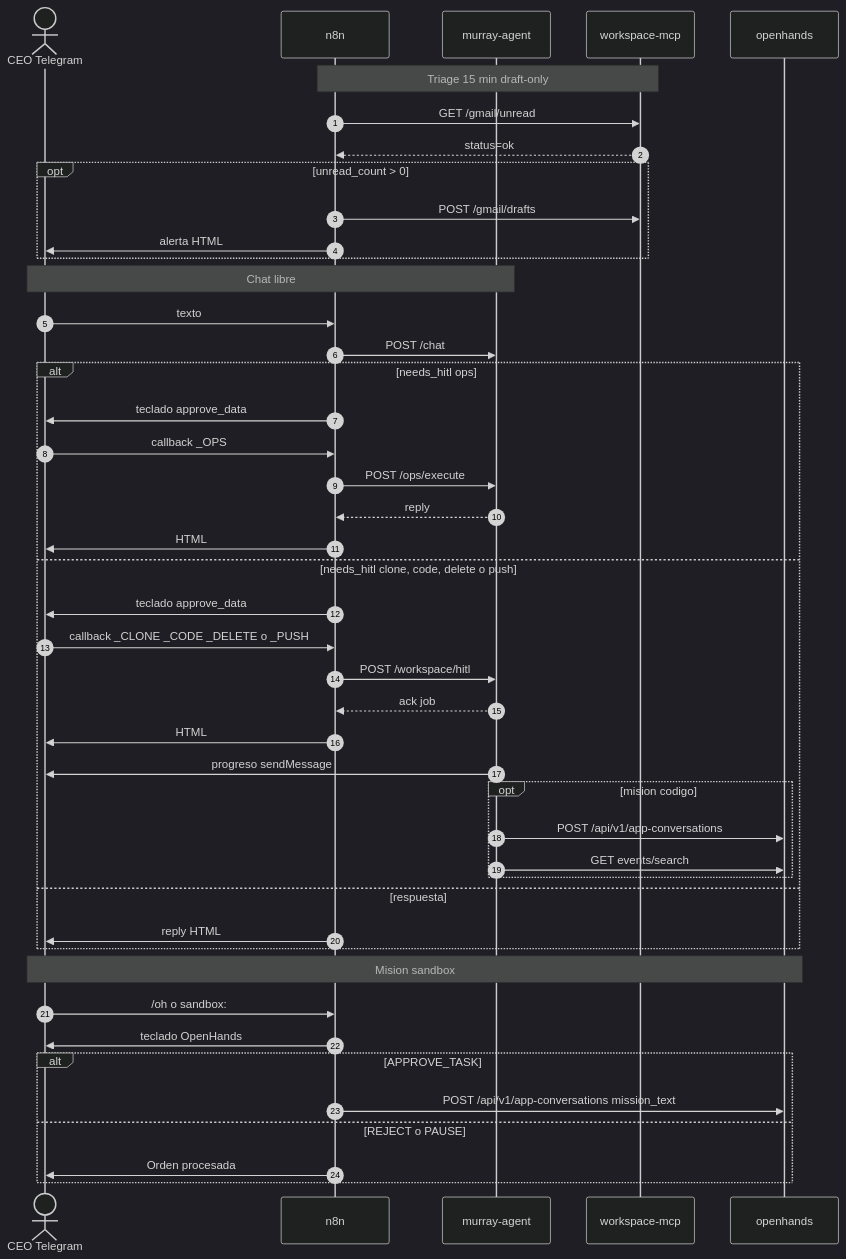
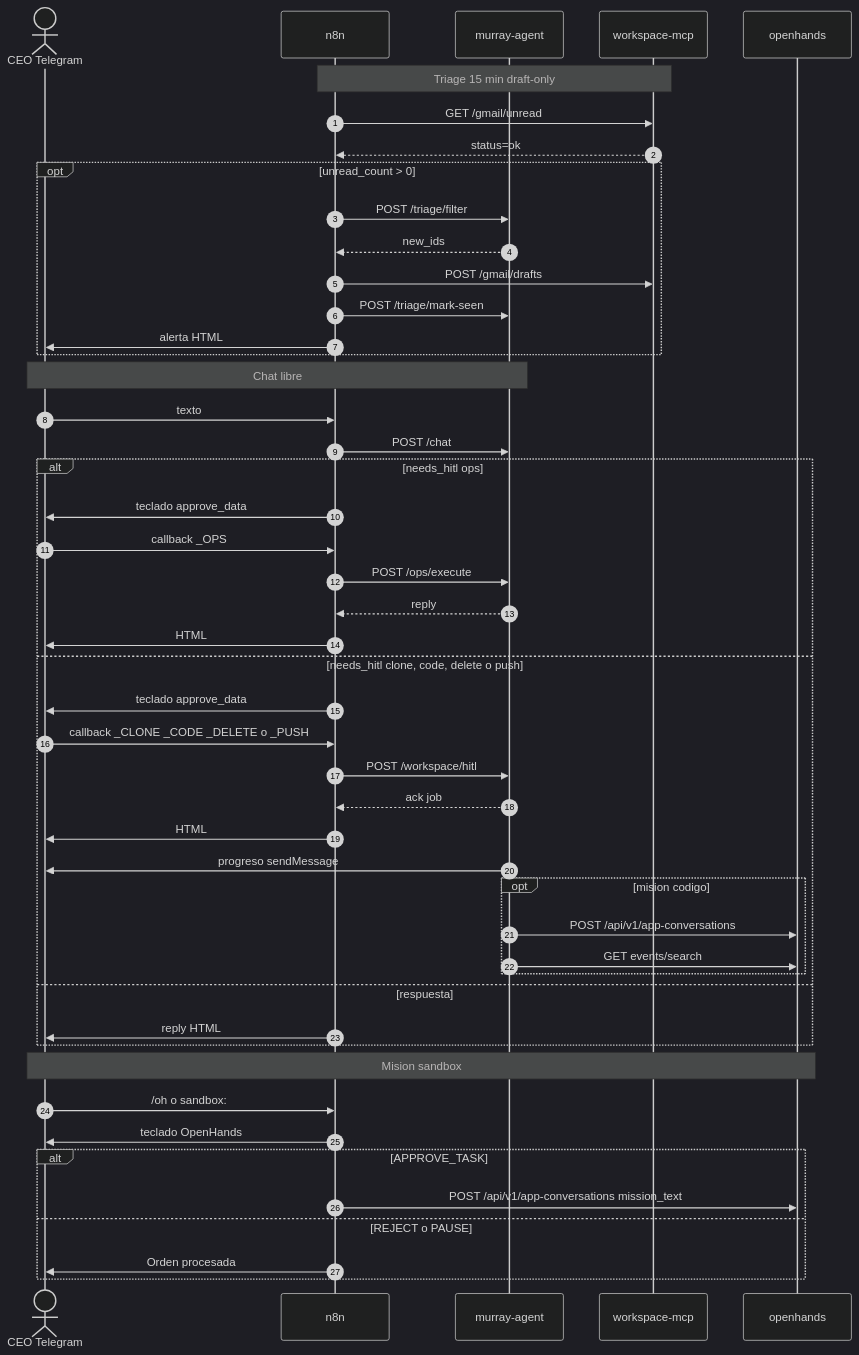
One commit to murray-threepwood/melee-infra changed the second of 2 diagrams in architecture_spec.md. Above: the diagram before and after it, drawn with Mermaid (dark theme). The commit also changed other lines of this file and 11 other files, not shown here.

````diff
--- a/architecture_spec.md
+++ b/architecture_spec.md
@@ -92,50 +92,53 @@
 ```mermaid
 sequenceDiagram
     autonumber
     actor CEO as CEO Telegram
     participant N8N as n8n
     participant Agent as murray-agent
     participant MCP as workspace-mcp
     participant OH as openhands
 
     Note over N8N,MCP: Triage 15 min draft-only
     N8N->>MCP: GET /gmail/unread
     MCP-->>N8N: status=ok
     opt unread_count > 0
+        N8N->>Agent: POST /triage/filter
+        Agent-->>N8N: new_ids
         N8N->>MCP: POST /gmail/drafts
+        N8N->>Agent: POST /triage/mark-seen
         N8N->>CEO: alerta HTML
     end
 
     Note over CEO,Agent: Chat libre
     CEO->>N8N: texto
     N8N->>Agent: POST /chat
     alt needs_hitl ops
         N8N->>CEO: teclado approve_data
         CEO->>N8N: callback _OPS
         N8N->>Agent: POST /ops/execute
         Agent-->>N8N: reply
         N8N->>CEO: HTML
     else needs_hitl clone, code, delete o push
         N8N->>CEO: teclado approve_data
         CEO->>N8N: callback _CLONE _CODE _DELETE o _PUSH
         N8N->>Agent: POST /workspace/hitl
         Agent-->>N8N: ack job
         N8N->>CEO: HTML
         Agent->>CEO: progreso sendMessage
         opt mision codigo
             Agent->>OH: POST /api/v1/app-conversations
             Agent->>OH: GET events/search
         end
     else respuesta
         N8N->>CEO: reply HTML
     end
 
     Note over CEO,OH: Mision sandbox
     CEO->>N8N: /oh o sandbox:
     N8N->>CEO: teclado OpenHands
     alt APPROVE_TASK
         N8N->>OH: POST /api/v1/app-conversations mission_text
     else REJECT o PAUSE
         N8N->>CEO: Orden procesada
     end
 ```
````
